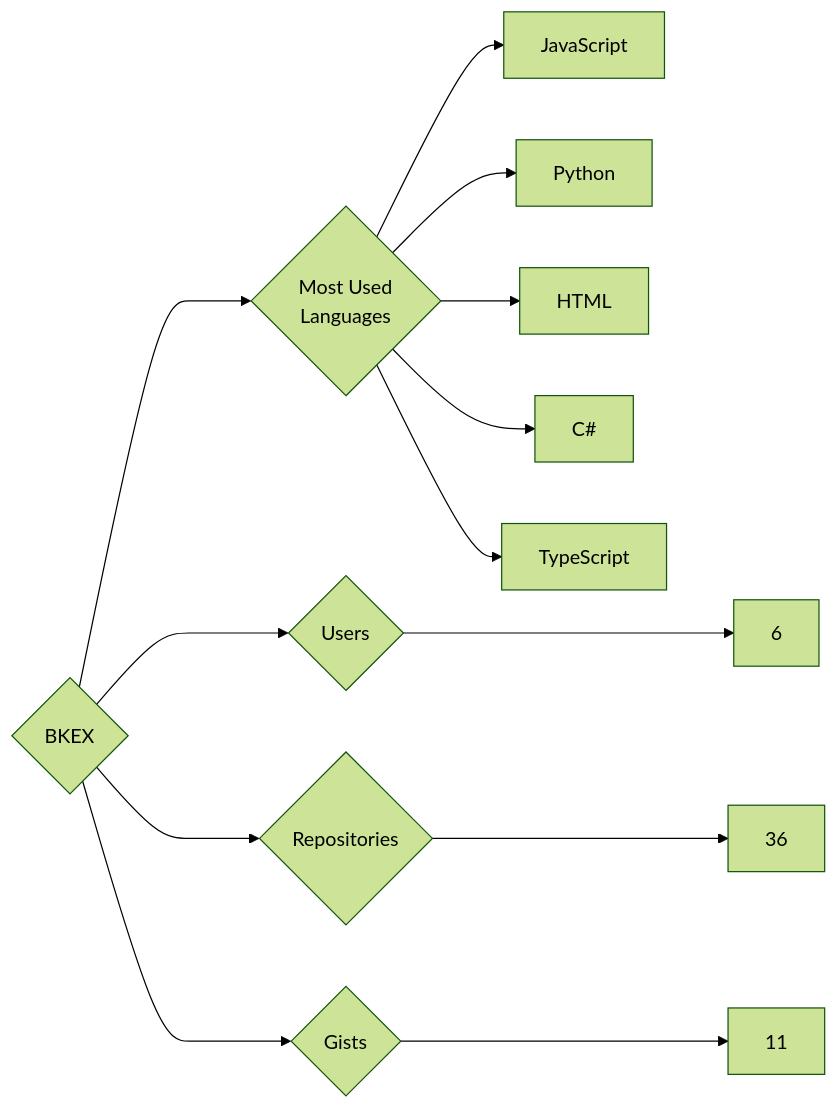
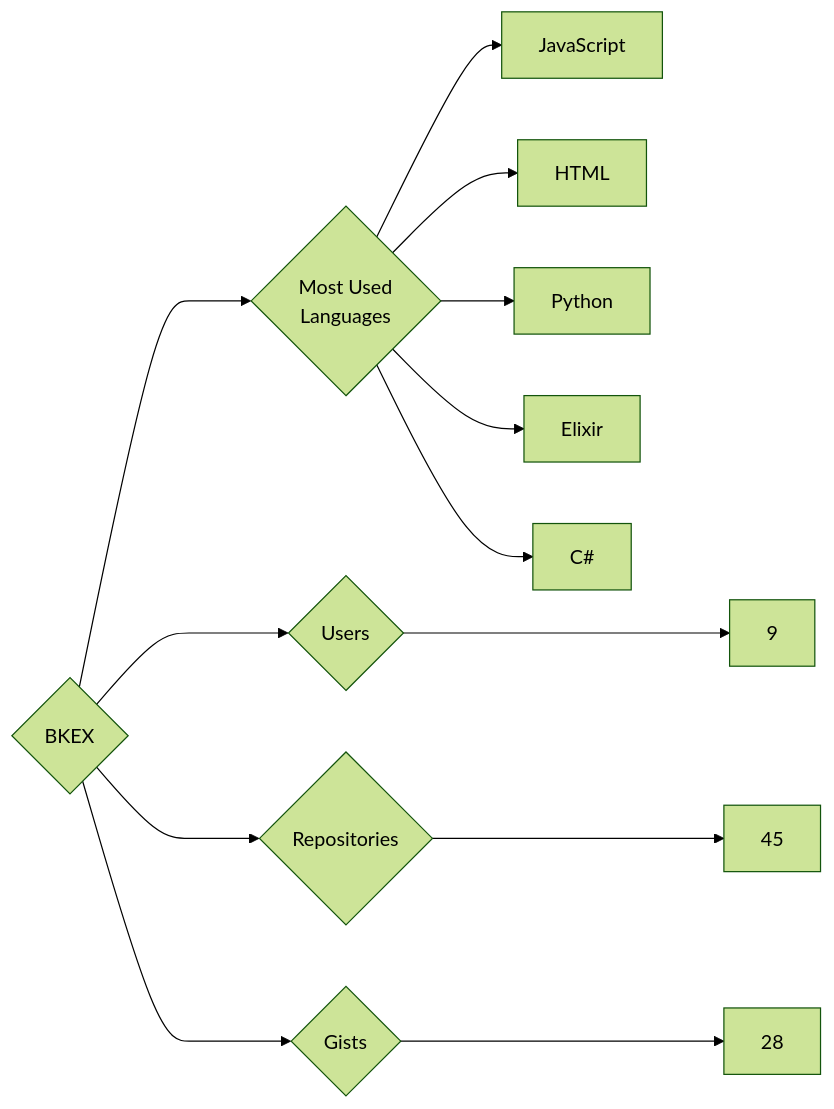
One commit to trickest/insiders changed the diagram in targets/BKEX/README.md. Above: the diagram before and after it, drawn with Mermaid (forest theme). The commit also changed 1148 other files, not shown here.

````diff
--- a/targets/BKEX/README.md
+++ b/targets/BKEX/README.md
@@ -3,13 +3,13 @@
 ```mermaid
 graph LR
 COMPANY_NAME{BKEX}
-COMPANY_NAME ---> U{Users} ---> UN[6]
-COMPANY_NAME ---> R{Repositories} ---> RN[36]
-COMPANY_NAME ---> G{Gists} ---> GN[11]
+COMPANY_NAME ---> U{Users} ---> UN[9]
+COMPANY_NAME ---> R{Repositories} ---> RN[45]
+COMPANY_NAME ---> G{Gists} ---> GN[28]
 COMPANY_NAME ---> ML{Most Used<br>Languages}
 ML --> JavaScript[JavaScript]
+ML --> HTML[HTML]
 ML --> Python[Python]
-ML --> HTML[HTML]
+ML --> Elixir[Elixir]
 ML --> C#[C#]
-ML --> TypeScript[TypeScript]
 ```
````
